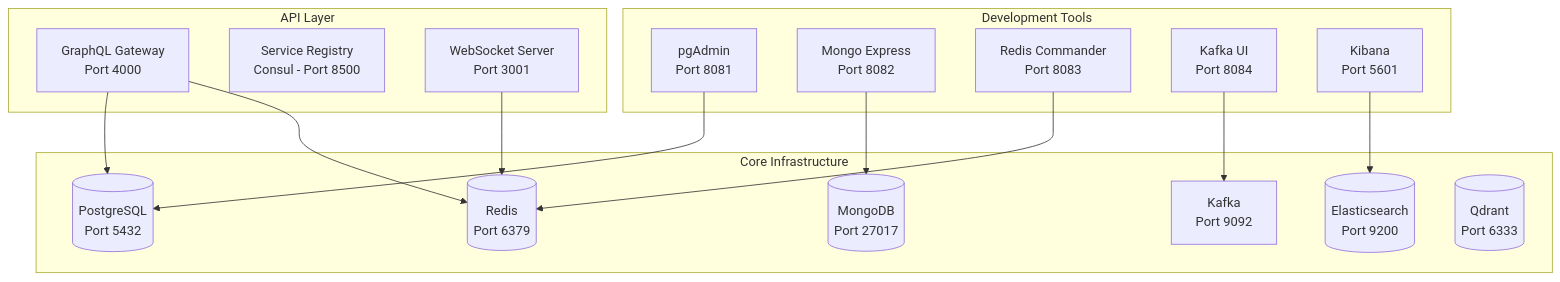
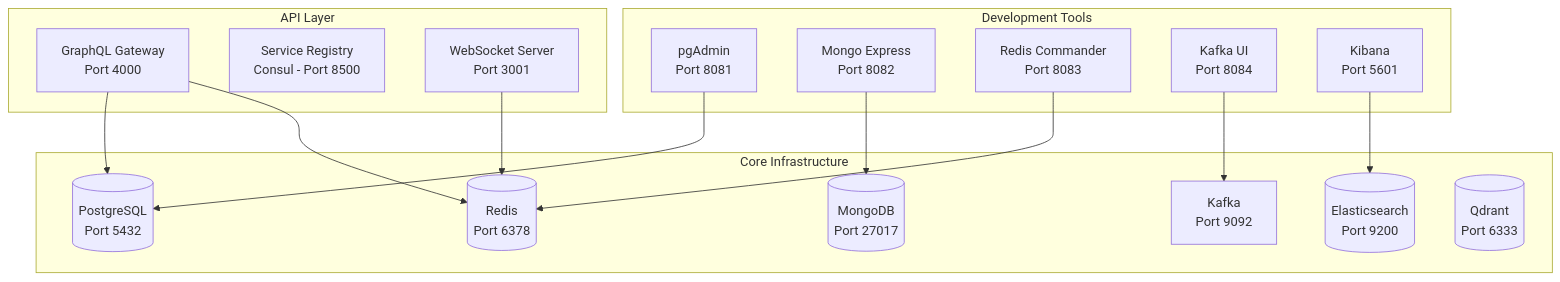
The second of 2 diagrams in README.md (azad25/erp-suite-infrastructure), drawn with Mermaid before and after one commit. The commit also changed other lines of this file and 20 other files, not shown here.

````diff
--- a/README.md
+++ b/README.md
@@ -573,34 +573,34 @@
 ```mermaid
 graph TB
     subgraph "API Layer"
         GQL[GraphQL Gateway<br/>Port 4000]
         CONSUL[Service Registry<br/>Consul - Port 8500]
         WS[WebSocket Server<br/>Port 3001]
     end
     
     subgraph "Core Infrastructure"
         PG[(PostgreSQL<br/>Port 5432)]
         MONGO[(MongoDB<br/>Port 27017)]
-        REDIS[(Redis<br/>Port 6379)]
+        REDIS[(Redis<br/>Port 6378)]
         KAFKA[Kafka<br/>Port 9092]
         ES[(Elasticsearch<br/>Port 9200)]
         QDRANT[(Qdrant<br/>Port 6333)]
     end
     
     subgraph "Development Tools"
         PGADMIN[pgAdmin<br/>Port 8081]
         MONGOEXP[Mongo Express<br/>Port 8082]
         REDISCMD[Redis Commander<br/>Port 8083]
         KAFKAUI[Kafka UI<br/>Port 8084]
         KIBANA[Kibana<br/>Port 5601]
     end
     
     GQL --> PG
     GQL --> REDIS
     WS --> REDIS
     KIBANA --> ES
     PGADMIN --> PG
     MONGOEXP --> MONGO
     REDISCMD --> REDIS
     KAFKAUI --> KAFKA
 ```
````
